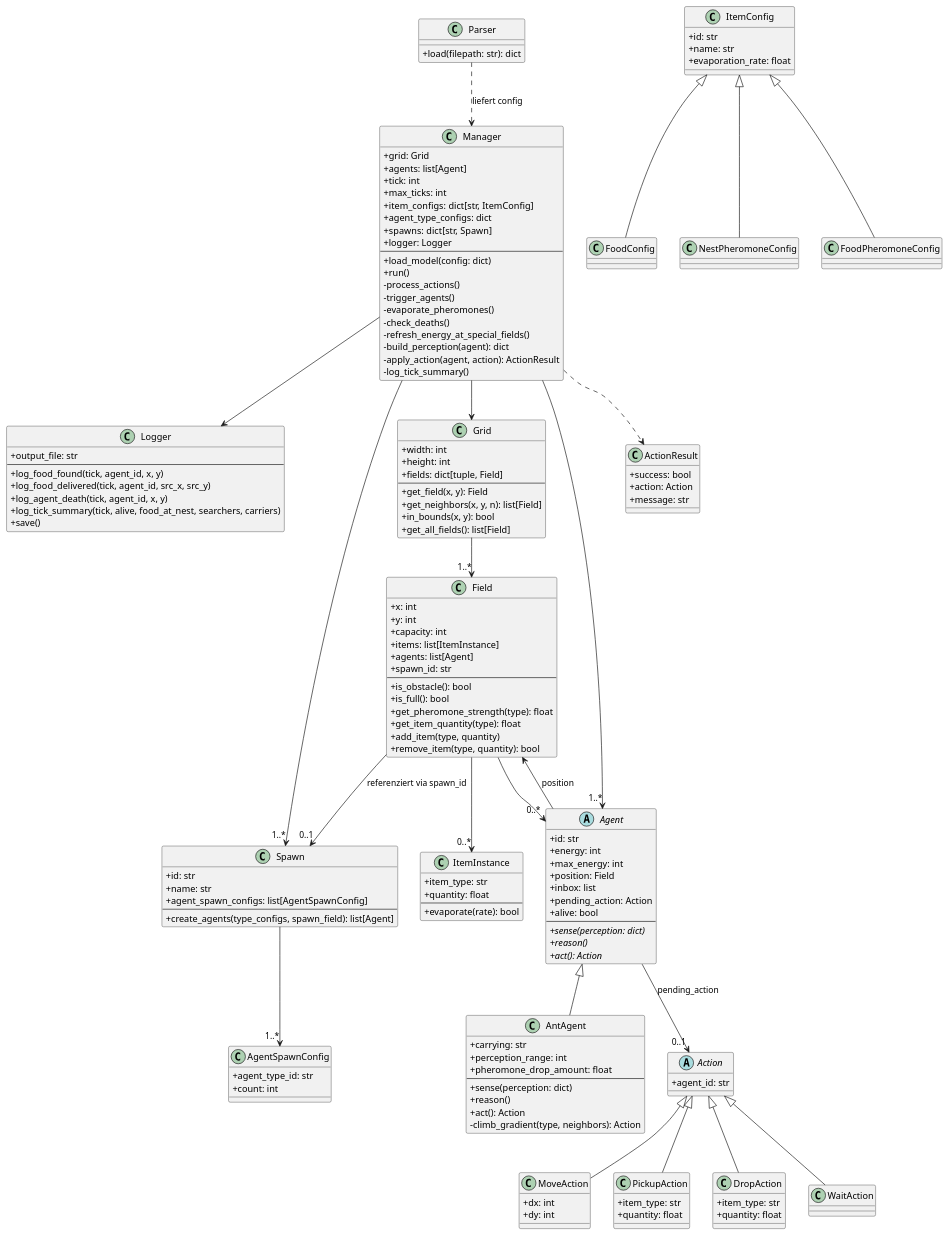
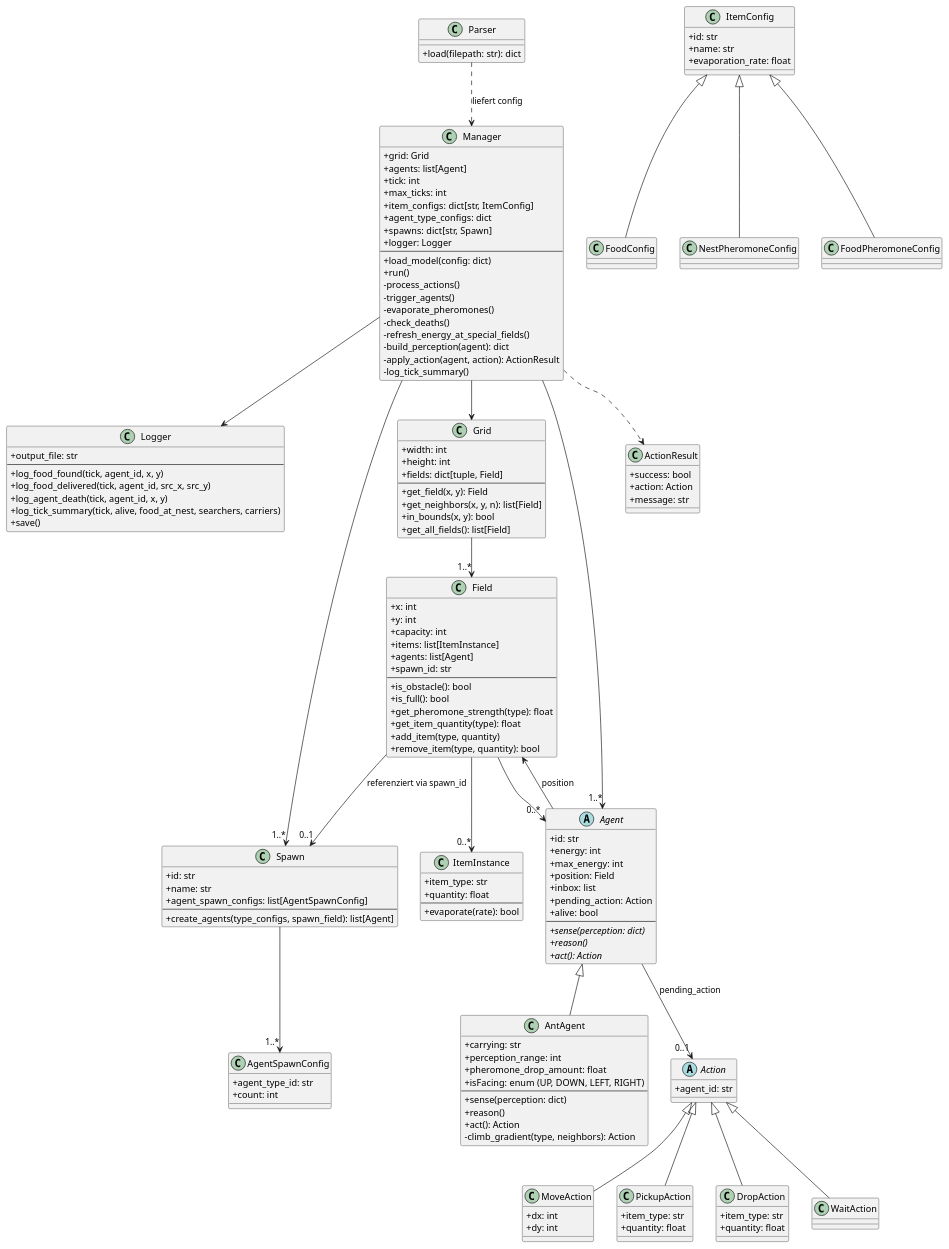
One commit to brandesdavid/aot changed the diagram in docs/klassendiag.plantuml. Above: the diagram before and after it, drawn with PlantUML. The commit also changed 13 other files, not shown here.

```diff
--- a/docs/klassendiag.plantuml
+++ b/docs/klassendiag.plantuml
@@ -1,164 +1,165 @@
 @startuml
 
 skinparam classAttributeIconSize 0
 
 class Manager {
   +grid: Grid
   +agents: list[Agent]
   +tick: int
   +max_ticks: int
   +item_configs: dict[str, ItemConfig]
   +agent_type_configs: dict
   +spawns: dict[str, Spawn]
   +logger: Logger
   --
   +load_model(config: dict)
   +run()
   -process_actions()
   -trigger_agents()
   -evaporate_pheromones()
   -check_deaths()
   -refresh_energy_at_special_fields()
   -build_perception(agent): dict
   -apply_action(agent, action): ActionResult
   -log_tick_summary()
 }
 
 class Parser {
   +load(filepath: str): dict
 }
 
 class Logger {
   +output_file: str
   --
   +log_food_found(tick, agent_id, x, y)
   +log_food_delivered(tick, agent_id, src_x, src_y)
   +log_agent_death(tick, agent_id, x, y)
   +log_tick_summary(tick, alive, food_at_nest, searchers, carriers)
   +save()
 }
 
 class Grid {
   +width: int
   +height: int
   +fields: dict[tuple, Field]
   --
   +get_field(x, y): Field
   +get_neighbors(x, y, n): list[Field]
   +in_bounds(x, y): bool
   +get_all_fields(): list[Field]
 }
 
 class Field {
   +x: int
   +y: int
   +capacity: int
   +items: list[ItemInstance]
   +agents: list[Agent]
   +spawn_id: str
   --
   +is_obstacle(): bool
   +is_full(): bool
   +get_pheromone_strength(type): float
   +get_item_quantity(type): float
   +add_item(type, quantity)
   +remove_item(type, quantity): bool
 }
 
 class Spawn {
   +id: str
   +name: str
   +agent_spawn_configs: list[AgentSpawnConfig]
   --
   +create_agents(type_configs, spawn_field): list[Agent]
 }
 
 class AgentSpawnConfig {
   +agent_type_id: str
   +count: int
 }
 
 class ItemConfig {
   +id: str
   +name: str
   +evaporation_rate: float
 }
 
 class ItemInstance {
   +item_type: str
   +quantity: float
   --
   +evaporate(rate): bool
 }
 
 class FoodConfig extends ItemConfig
 class NestPheromoneConfig extends ItemConfig
 class FoodPheromoneConfig extends ItemConfig
 
 abstract class Agent {
   +id: str
   +energy: int
   +max_energy: int
   +position: Field
   +inbox: list
   +pending_action: Action
   +alive: bool
   --
   +{abstract} sense(perception: dict)
   +{abstract} reason()
   +{abstract} act(): Action
 }
 
 class AntAgent extends Agent {
   +carrying: str
   +perception_range: int
   +pheromone_drop_amount: float
+  +isFacing: enum (UP, DOWN, LEFT, RIGHT)
   --
   +sense(perception: dict)
   +reason()
   +act(): Action
   -climb_gradient(type, neighbors): Action
 }
 
 abstract class Action {
   +agent_id: str
 }
 
 class MoveAction extends Action {
   +dx: int
   +dy: int
 }
 
 class PickupAction extends Action {
   +item_type: str
   +quantity: float
 }
 
 class DropAction extends Action {
   +item_type: str
   +quantity: float
 }
 
 class WaitAction extends Action
 
 class ActionResult {
   +success: bool
   +action: Action
   +message: str
 }
 
 Manager --> Grid
 Manager --> "1..*" Agent
 Manager --> Logger
 Manager --> "1..*" Spawn
 Parser ..> Manager : liefert config
 Grid --> "1..*" Field
 Field --> "0..*" ItemInstance
 Field --> "0..1" Spawn : referenziert via spawn_id
 Field --> "0..*" Agent
 Spawn --> "1..*" AgentSpawnConfig
 Agent --> Field : position
 Agent --> "0..1" Action : pending_action
 Manager ..> ActionResult
 
 @enduml
```
